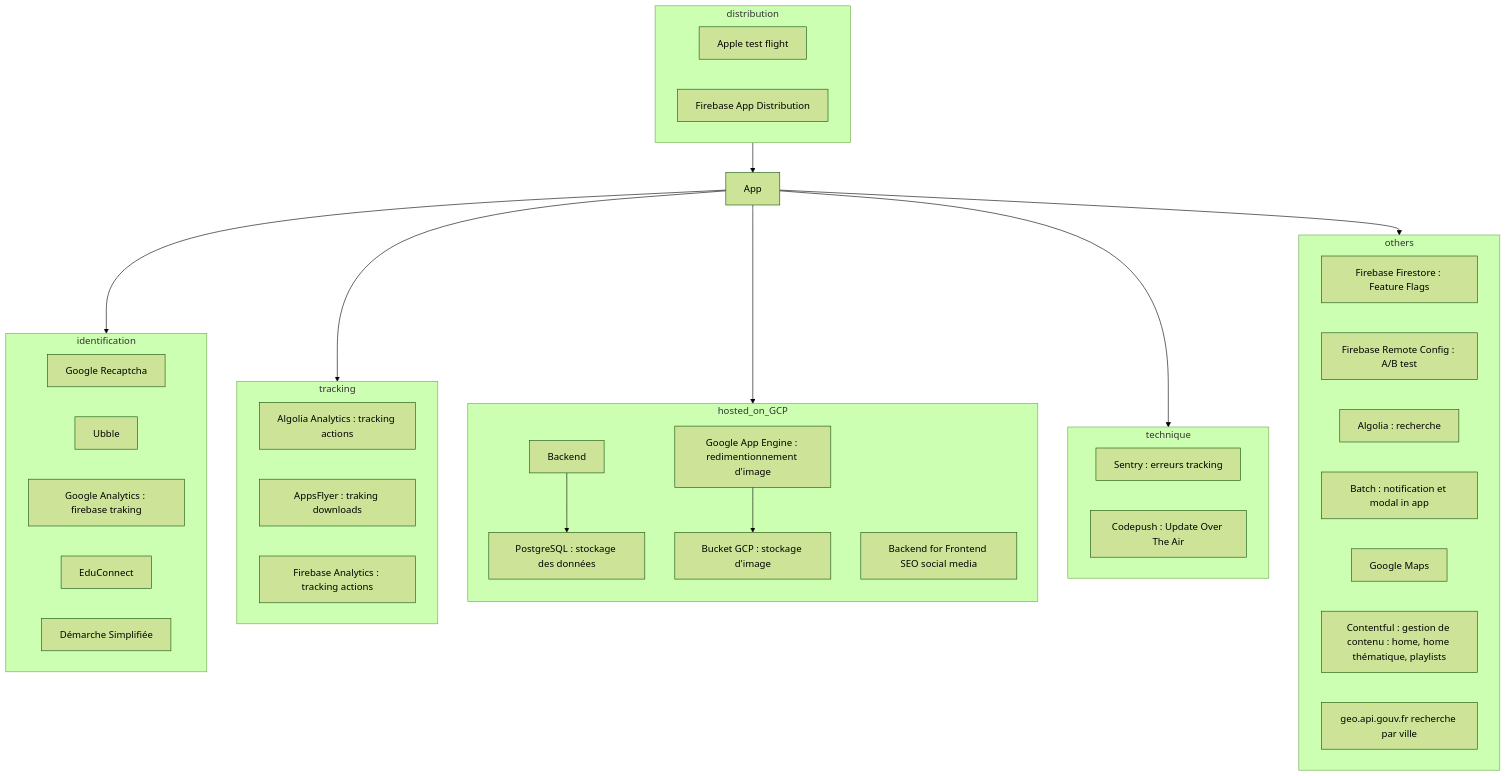
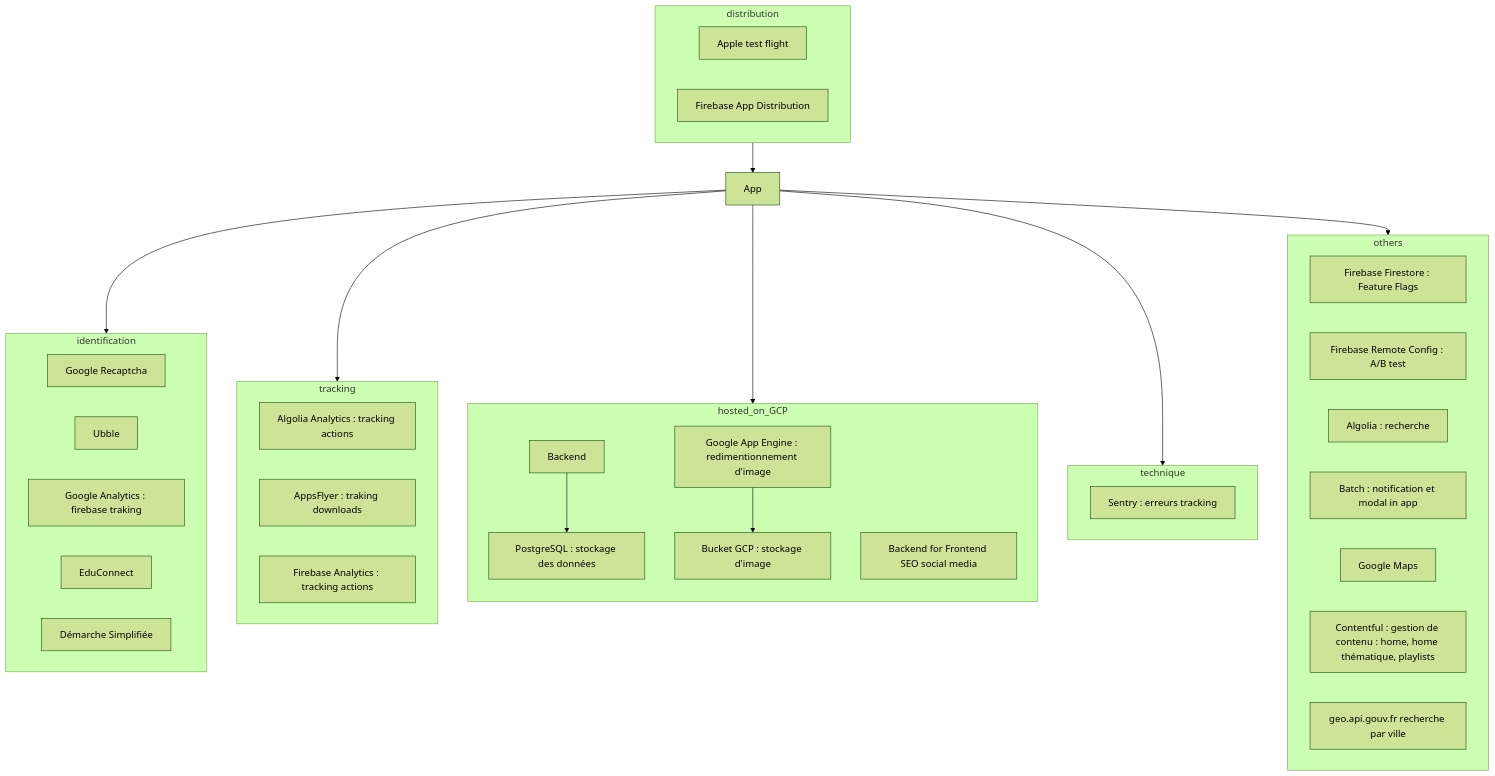
One commit to pass-culture/pass-culture-app-native changed the first of 2 diagrams in doc/architecture/2_input-output-externe.md. Above: the diagram before and after it, drawn with Mermaid (forest theme). The commit also changed other lines of this file and 29 other files, not shown here.

````diff
--- a/doc/architecture/2_input-output-externe.md
+++ b/doc/architecture/2_input-output-externe.md
@@ -5,43 +5,42 @@
 ```mermaid
 flowchart TB
   App["App"]
   subgraph identification
     Google_Recaptcha["Google Recaptcha"]
     Ubble["Ubble"]
     Google["Google SSO"]
     Educonnect["EduConnect"]
     DMS["Démarche Simplifiée"]
   end
   subgraph tracking
     Algolia_Analytics["Algolia Analytics : tracking actions"]
     AppsFlyer["AppsFlyer : traking downloads"]
     Firebase_Analytics["Firebase Analytics : tracking actions"]
   end
   subgraph hosted_on_GCP
     direction TB
 
     Backend["Backend"] --> Postgresql["PostgreSQL : stockage des données"]
     image_resize["Google App Engine : redimentionnement d'image"] --> bucket_image["Bucket GCP : stockage d'image"]
     Backend_for_Frontend["Backend for Frontend SEO social media"]
   end
   subgraph technique
     Sentry["Sentry : erreurs tracking"]
-    Codepush["Codepush : Update Over The Air"]
   end
   subgraph distribution
     Apple["Apple test flight"]
     Firebase_App_Distribution["Firebase App Distribution"]
   end
   subgraph others
     Firebase_Firestore["Firebase Firestore : Feature Flags"]
     Firebase_Remote_Config["Firebase Remote Config : A/B test"]
     Google["Google Analytics : firebase traking"]
     Algolia["Algolia : recherche"]
     Batch["Batch : notification et modal in app"]
     Google_Maps["Google Maps"]
     Contentful["Contentful : gestion de contenu : home, home thématique, playlists"]
     geo_api_gouv["geo.api.gouv.fr recherche par ville"]
   end
   distribution --> App
   App --> identification & tracking & hosted_on_GCP & technique & others
 ```
````
